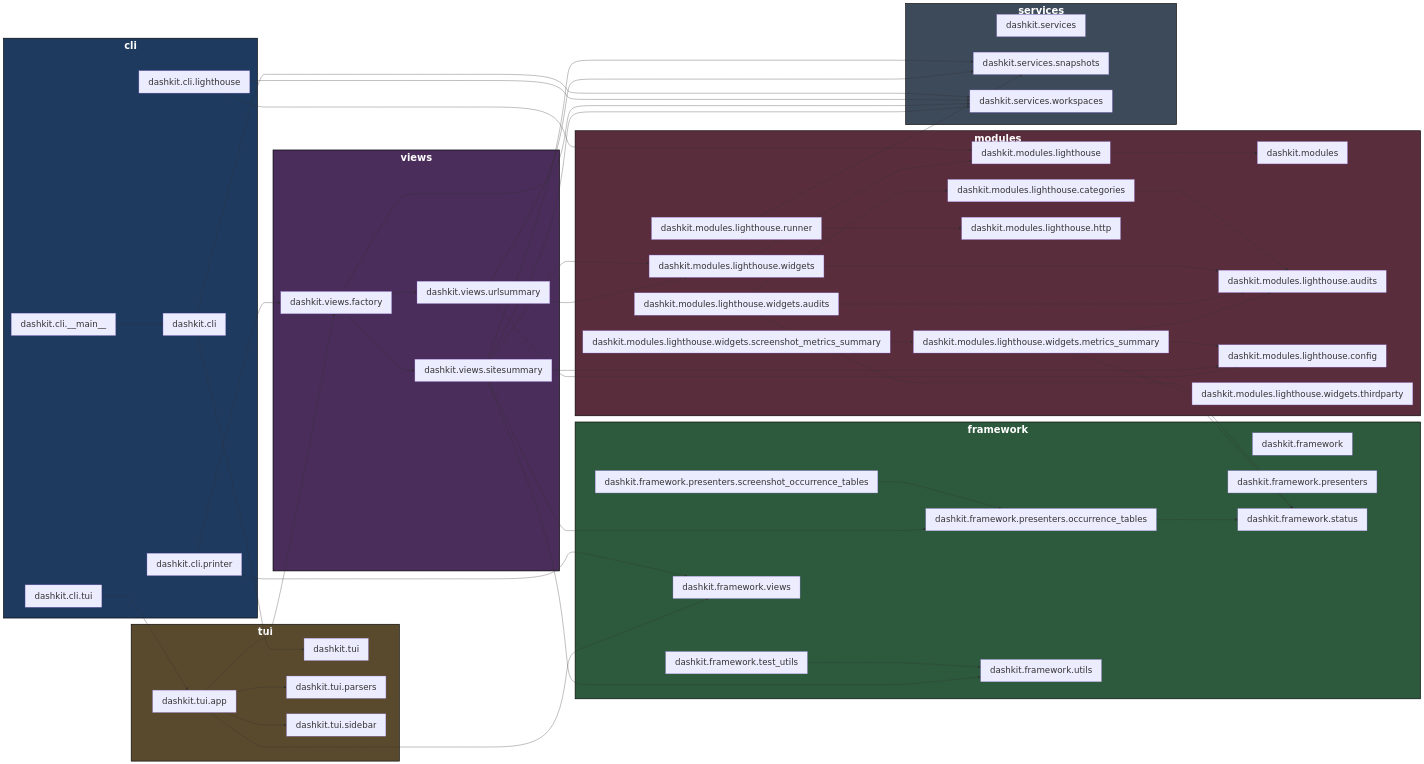
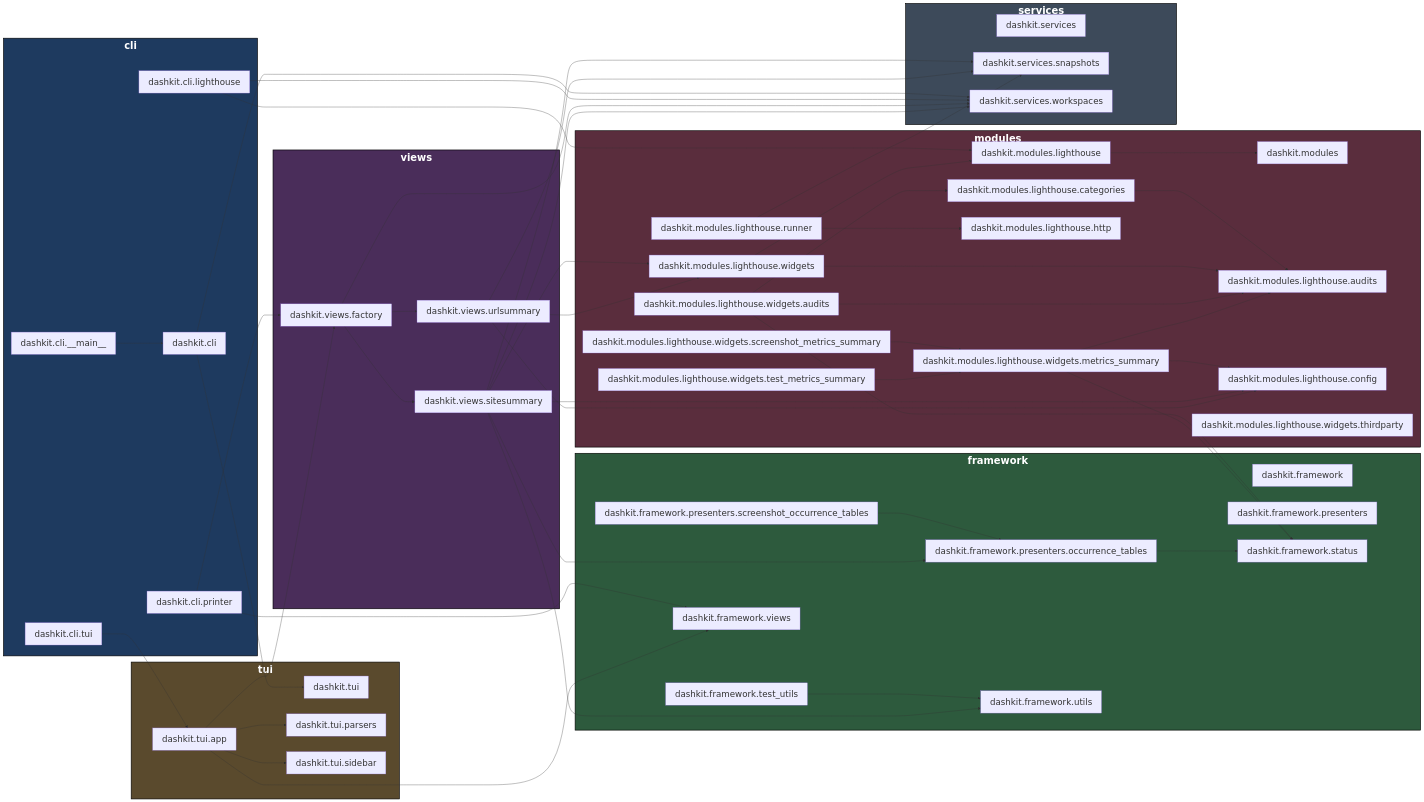
Before and after one commit to oct-cr/web-audit-tool: the diagram in docs/arch-code-diagram.mmd, drawn with Mermaid. The commit also changed 4 other files, not shown here.

```diff
--- a/docs/arch-code-diagram.mmd
+++ b/docs/arch-code-diagram.mmd
@@ -1,105 +1,107 @@
 flowchart LR
 %% Auto-generated from code (utils/gen_arch_diagram.py)
 
 subgraph cli["<b style='font-size:32px'>cli</b>"]
   style cli fill:#1e3a5f,color:#fff,stroke:#000,stroke-width:2px
   dashkit_cli["dashkit.cli"]
   dashkit_cli___main__["dashkit.cli.__main__"]
   dashkit_cli_lighthouse["dashkit.cli.lighthouse"]
   dashkit_cli_printer["dashkit.cli.printer"]
   dashkit_cli_tui["dashkit.cli.tui"]
 end
 
 subgraph framework["<b style='font-size:32px'>framework</b>"]
   style framework fill:#2d5a3d,color:#fff,stroke:#000,stroke-width:2px
   dashkit_framework["dashkit.framework"]
   dashkit_framework_presenters["dashkit.framework.presenters"]
   dashkit_framework_presenters_occurrence_tables["dashkit.framework.presenters.occurrence_tables"]
   dashkit_framework_presenters_screenshot_occurrence_tables["dashkit.framework.presenters.screenshot_occurrence_tables"]
   dashkit_framework_status["dashkit.framework.status"]
   dashkit_framework_test_utils["dashkit.framework.test_utils"]
   dashkit_framework_utils["dashkit.framework.utils"]
   dashkit_framework_views["dashkit.framework.views"]
 end
 
 subgraph modules["<b style='font-size:32px'>modules</b>"]
   style modules fill:#5a2d3d,color:#fff,stroke:#000,stroke-width:2px
   dashkit_modules["dashkit.modules"]
   dashkit_modules_lighthouse["dashkit.modules.lighthouse"]
   dashkit_modules_lighthouse_audits["dashkit.modules.lighthouse.audits"]
   dashkit_modules_lighthouse_categories["dashkit.modules.lighthouse.categories"]
   dashkit_modules_lighthouse_config["dashkit.modules.lighthouse.config"]
   dashkit_modules_lighthouse_http["dashkit.modules.lighthouse.http"]
   dashkit_modules_lighthouse_runner["dashkit.modules.lighthouse.runner"]
   dashkit_modules_lighthouse_widgets["dashkit.modules.lighthouse.widgets"]
   dashkit_modules_lighthouse_widgets_audits["dashkit.modules.lighthouse.widgets.audits"]
   dashkit_modules_lighthouse_widgets_metrics_summary["dashkit.modules.lighthouse.widgets.metrics_summary"]
   dashkit_modules_lighthouse_widgets_screenshot_metrics_summary["dashkit.modules.lighthouse.widgets.screenshot_metrics_summary"]
+  dashkit_modules_lighthouse_widgets_test_metrics_summary["dashkit.modules.lighthouse.widgets.test_metrics_summary"]
   dashkit_modules_lighthouse_widgets_thirdparty["dashkit.modules.lighthouse.widgets.thirdparty"]
 end
 
 subgraph services["<b style='font-size:32px'>services</b>"]
   style services fill:#3d4a5a,color:#fff,stroke:#000,stroke-width:2px
   dashkit_services["dashkit.services"]
   dashkit_services_snapshots["dashkit.services.snapshots"]
   dashkit_services_workspaces["dashkit.services.workspaces"]
 end
 
 subgraph tui["<b style='font-size:32px'>tui</b>"]
   style tui fill:#5a4a2d,color:#fff,stroke:#000,stroke-width:2px
   dashkit_tui["dashkit.tui"]
   dashkit_tui_app["dashkit.tui.app"]
   dashkit_tui_parsers["dashkit.tui.parsers"]
   dashkit_tui_sidebar["dashkit.tui.sidebar"]
 end
 
 subgraph views["<b style='font-size:32px'>views</b>"]
   style views fill:#4a2d5a,color:#fff,stroke:#000,stroke-width:2px
   dashkit_views_factory["dashkit.views.factory"]
   dashkit_views_sitesummary["dashkit.views.sitesummary"]
   dashkit_views_urlsummary["dashkit.views.urlsummary"]
 end
 
 dashkit_cli --> dashkit_services_workspaces
 dashkit_cli --> dashkit_tui
 dashkit_cli___main__ --> dashkit_cli
 dashkit_cli_lighthouse --> dashkit_modules_lighthouse
 dashkit_cli_lighthouse --> dashkit_services_workspaces
 dashkit_cli_printer --> dashkit_framework_views
 dashkit_cli_printer --> dashkit_views_factory
 dashkit_cli_tui --> dashkit_tui_app
 dashkit_framework_presenters_occurrence_tables --> dashkit_framework_status
 dashkit_framework_presenters_screenshot_occurrence_tables --> dashkit_framework_presenters_occurrence_tables
 dashkit_framework_test_utils --> dashkit_framework_utils
 dashkit_modules_lighthouse --> dashkit_modules
 dashkit_modules_lighthouse_categories --> dashkit_modules_lighthouse_audits
 dashkit_modules_lighthouse_runner --> dashkit_modules_lighthouse_http
 dashkit_modules_lighthouse_runner --> dashkit_services_snapshots
 dashkit_modules_lighthouse_widgets --> dashkit_modules_lighthouse
 dashkit_modules_lighthouse_widgets --> dashkit_modules_lighthouse_audits
 dashkit_modules_lighthouse_widgets_audits --> dashkit_framework_status
 dashkit_modules_lighthouse_widgets_audits --> dashkit_modules_lighthouse_audits
 dashkit_modules_lighthouse_widgets_audits --> dashkit_modules_lighthouse_categories
 dashkit_modules_lighthouse_widgets_metrics_summary --> dashkit_framework_status
 dashkit_modules_lighthouse_widgets_metrics_summary --> dashkit_modules_lighthouse_audits
 dashkit_modules_lighthouse_widgets_metrics_summary --> dashkit_modules_lighthouse_config
 dashkit_modules_lighthouse_widgets_screenshot_metrics_summary --> dashkit_modules_lighthouse_widgets_metrics_summary
+dashkit_modules_lighthouse_widgets_test_metrics_summary --> dashkit_modules_lighthouse_widgets_metrics_summary
 dashkit_tui_app --> dashkit_framework_views
 dashkit_tui_app --> dashkit_tui_parsers
 dashkit_tui_app --> dashkit_tui_sidebar
 dashkit_tui_app --> dashkit_views_factory
 dashkit_views_factory --> dashkit_services_workspaces
 dashkit_views_factory --> dashkit_views_sitesummary
 dashkit_views_factory --> dashkit_views_urlsummary
 dashkit_views_sitesummary --> dashkit_framework_presenters_occurrence_tables
 dashkit_views_sitesummary --> dashkit_framework_utils
 dashkit_views_sitesummary --> dashkit_modules_lighthouse_config
 dashkit_views_sitesummary --> dashkit_modules_lighthouse_widgets
 dashkit_views_sitesummary --> dashkit_services_snapshots
 dashkit_views_sitesummary --> dashkit_services_workspaces
 dashkit_views_urlsummary --> dashkit_modules_lighthouse_config
 dashkit_views_urlsummary --> dashkit_modules_lighthouse_widgets
 dashkit_views_urlsummary --> dashkit_services_snapshots
 
 classDef nodeClass font-size:28px;
-class dashkit_framework_test_utils,dashkit_framework,dashkit_framework_utils,dashkit_framework_views,dashkit_framework_status,dashkit_tui_sidebar,dashkit_tui,dashkit_tui_parsers,dashkit_tui_app,dashkit_cli,dashkit_cli_tui,dashkit_cli_lighthouse,dashkit_cli_printer,dashkit_cli___main__,dashkit_modules,dashkit_views_sitesummary,dashkit_views_factory,dashkit_views_urlsummary,dashkit_services_snapshots,dashkit_services,dashkit_services_workspaces,dashkit_modules_lighthouse_audits,dashkit_modules_lighthouse_runner,dashkit_modules_lighthouse_config,dashkit_modules_lighthouse_categories,dashkit_modules_lighthouse,dashkit_modules_lighthouse_http,dashkit_modules_lighthouse_widgets_screenshot_metrics_summary,dashkit_modules_lighthouse_widgets_audits,dashkit_modules_lighthouse_widgets,dashkit_modules_lighthouse_widgets_metrics_summary,dashkit_modules_lighthouse_widgets_thirdparty,dashkit_framework_presenters_screenshot_occurrence_tables,dashkit_framework_presenters,dashkit_framework_presenters_occurrence_tables nodeClass;
+class dashkit_framework_test_utils,dashkit_framework,dashkit_framework_utils,dashkit_framework_views,dashkit_framework_status,dashkit_tui_sidebar,dashkit_tui,dashkit_tui_parsers,dashkit_tui_app,dashkit_cli,dashkit_cli_tui,dashkit_cli_lighthouse,dashkit_cli_printer,dashkit_cli___main__,dashkit_modules,dashkit_views_sitesummary,dashkit_views_factory,dashkit_views_urlsummary,dashkit_services_snapshots,dashkit_services,dashkit_services_workspaces,dashkit_modules_lighthouse_audits,dashkit_modules_lighthouse_runner,dashkit_modules_lighthouse_config,dashkit_modules_lighthouse_categories,dashkit_modules_lighthouse,dashkit_modules_lighthouse_http,dashkit_modules_lighthouse_widgets_screenshot_metrics_summary,dashkit_modules_lighthouse_widgets_audits,dashkit_modules_lighthouse_widgets,dashkit_modules_lighthouse_widgets_metrics_summary,dashkit_modules_lighthouse_widgets_test_metrics_summary,dashkit_modules_lighthouse_widgets_thirdparty,dashkit_framework_presenters_screenshot_occurrence_tables,dashkit_framework_presenters,dashkit_framework_presenters_occurrence_tables nodeClass;
```
